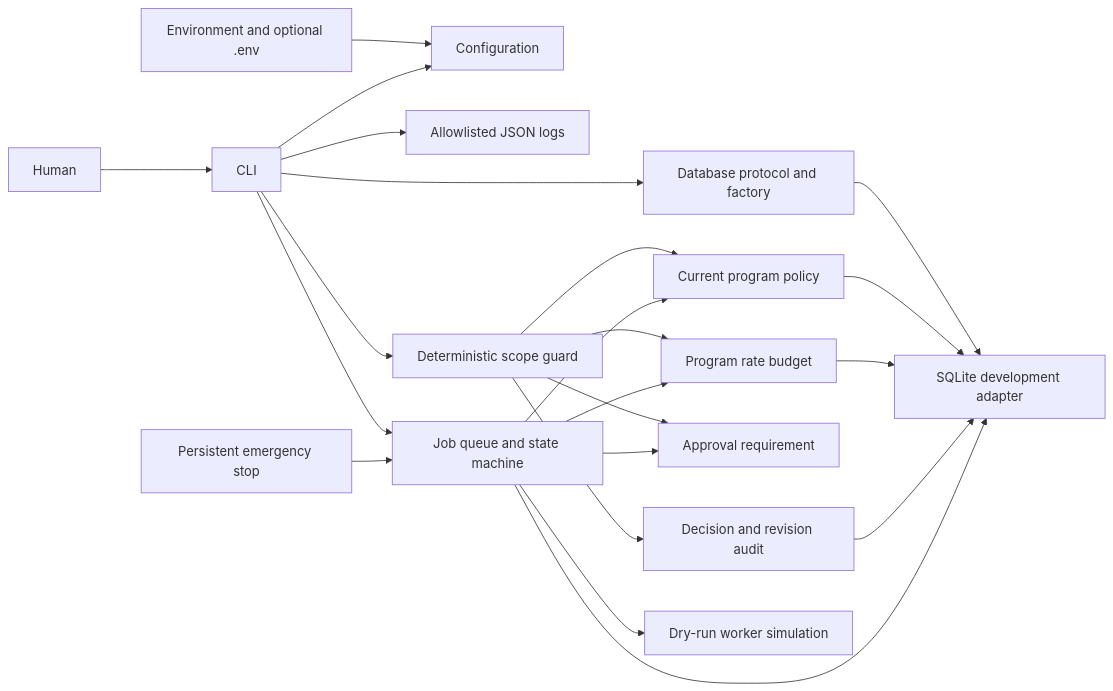
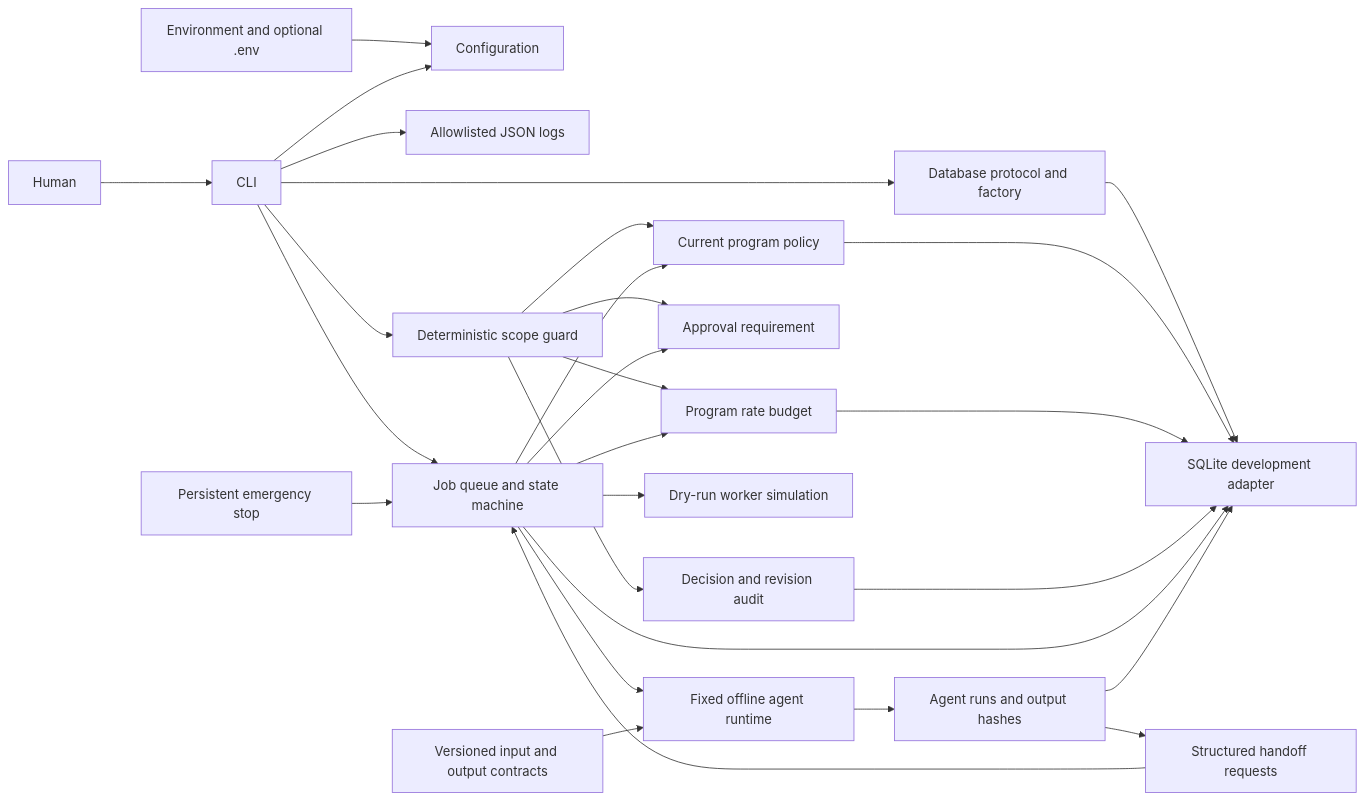
One commit to anich04/ai-bug-bounty-awareness- changed the diagram in docs/architecture.md. Above: the diagram before and after it, drawn with Mermaid. The commit also changed other lines of this file and 24 other files, not shown here.

First line of the commit message:
Add Phase 3 offline agent framework and structured handoffs

````diff
--- a/docs/architecture.md
+++ b/docs/architecture.md
@@ -3,24 +3,30 @@
 ```mermaid
 flowchart LR
     Human --> CLI
     Environment[Environment and optional .env] --> Configuration
     CLI --> Configuration
     CLI --> Logging[Allowlisted JSON logs]
     CLI --> Boundary[Database protocol and factory]
     Boundary --> SQLite[SQLite development adapter]
     CLI --> Guard[Deterministic scope guard]
     Guard --> Policies[Current program policy]
     Guard --> Budget[Program rate budget]
     Guard --> Approval[Approval requirement]
     Policies --> SQLite
     Budget --> SQLite
     Guard --> Audit[Decision and revision audit]
     Audit --> SQLite
     CLI --> Queue[Job queue and state machine]
     Queue --> Policies
     Queue --> Budget
     Queue --> Approval
     Queue --> SQLite
     Queue --> Simulation[Dry-run worker simulation]
     Stop[Persistent emergency stop] --> Queue
+    Queue --> Runtime[Fixed offline agent runtime]
+    Contracts[Versioned input and output contracts] --> Runtime
+    Runtime --> Runs[Agent runs and output hashes]
+    Runs --> SQLite
+    Runs --> Handoffs[Structured handoff requests]
+    Handoffs --> Queue
 ```
````
